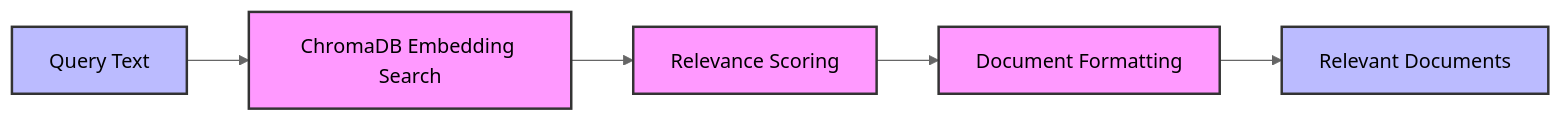
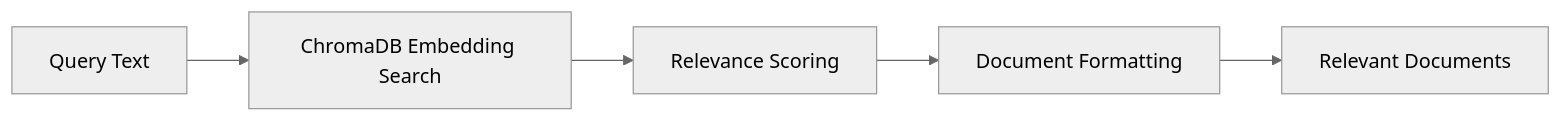
Before and after one commit to inherent-design/atlas: the second of 2 diagrams in docs/workflows/query.md, drawn with Mermaid (neutral theme). The commit also changed other lines of this file and 11 other files, not shown here.

````diff
--- a/docs/workflows/query.md
+++ b/docs/workflows/query.md
@@ -62,12 +57,7 @@
 ```mermaid
 flowchart LR
     A[Query Text] --> B[ChromaDB Embedding Search]
     B --> C[Relevance Scoring]
     C --> D[Document Formatting]
     D --> E[Relevant Documents]
-
-    classDef process fill:#f9f,stroke:#333,stroke-width:2px
-    classDef data fill:#bbf,stroke:#333,stroke-width:2px
-    class A,E data
-    class B,C,D process
 ```
````
